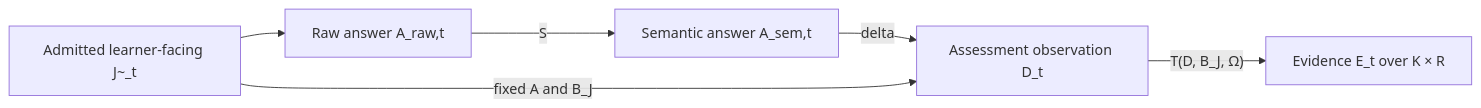
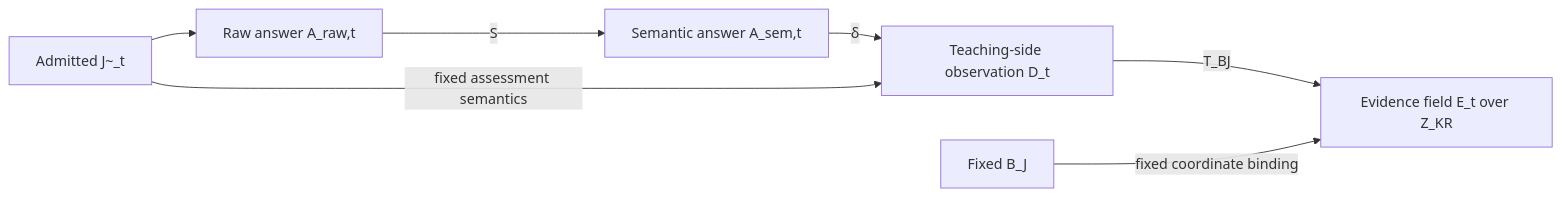
Before and after one commit to thatao72/three-twin-docs: the fourth of 5 diagrams in content/architecture.md, drawn with Mermaid. The commit also changed other lines of this file, not shown here.

Commit message:
Rewrite architecture docs from current canonical authority

````diff
--- a/content/architecture.md
+++ b/content/architecture.md
@@ -385,14 +294,16 @@
 ```mermaid
 flowchart LR
-    JT["Admitted learner-facing J~_t"]
+    JT["Admitted J~_t"]
     AR["Raw answer A_raw,t"]
     AS["Semantic answer A_sem,t"]
-    D["Assessment observation D_t"]
-    E["Evidence E_t over K × R"]
+    D["Teaching-side observation D_t"]
+    BJ["Fixed B_J"]
+    E["Evidence field E_t over Z_KR"]
 
     JT --> AR
     AR -->|"S"| AS
-    AS -->|"delta"| D
-    JT -->|"fixed A and B_J"| D
-    D -->|"T(D, B_J, Ω)"| E
+    AS -->|"δ"| D
+    JT -->|"fixed assessment semantics"| D
+    D -->|"T_BJ"| E
+    BJ -->|"fixed coordinate binding"| E
 ```
````
